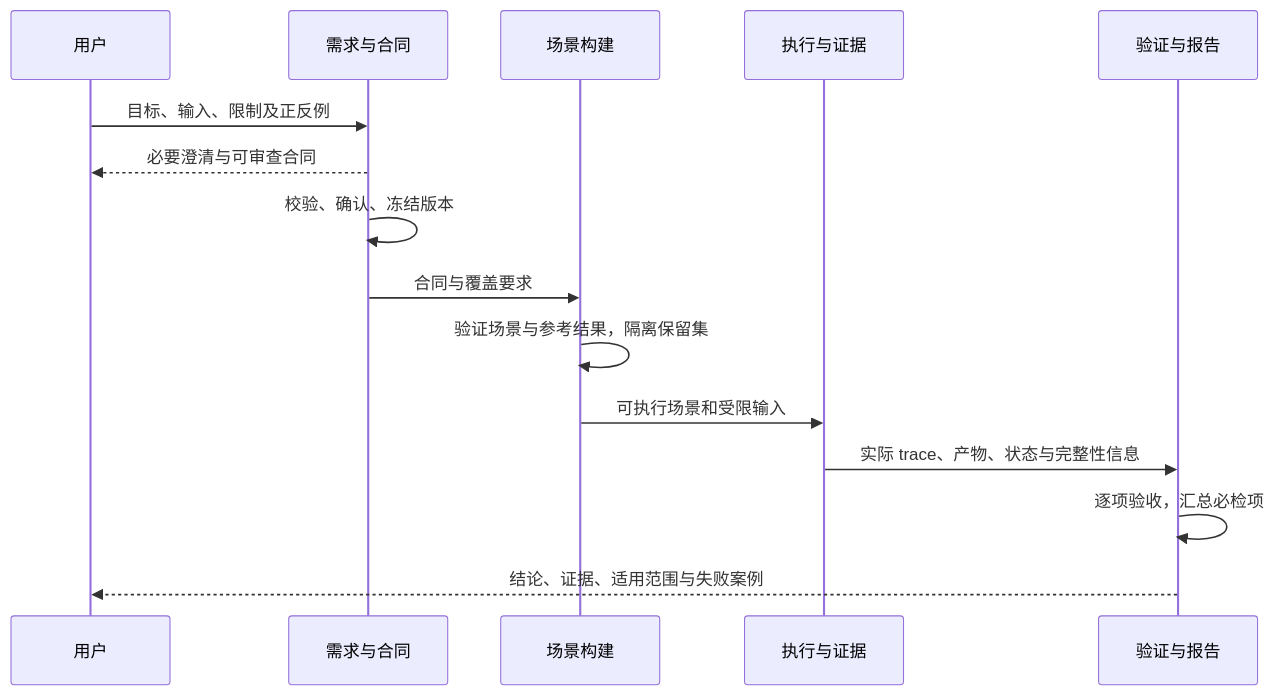
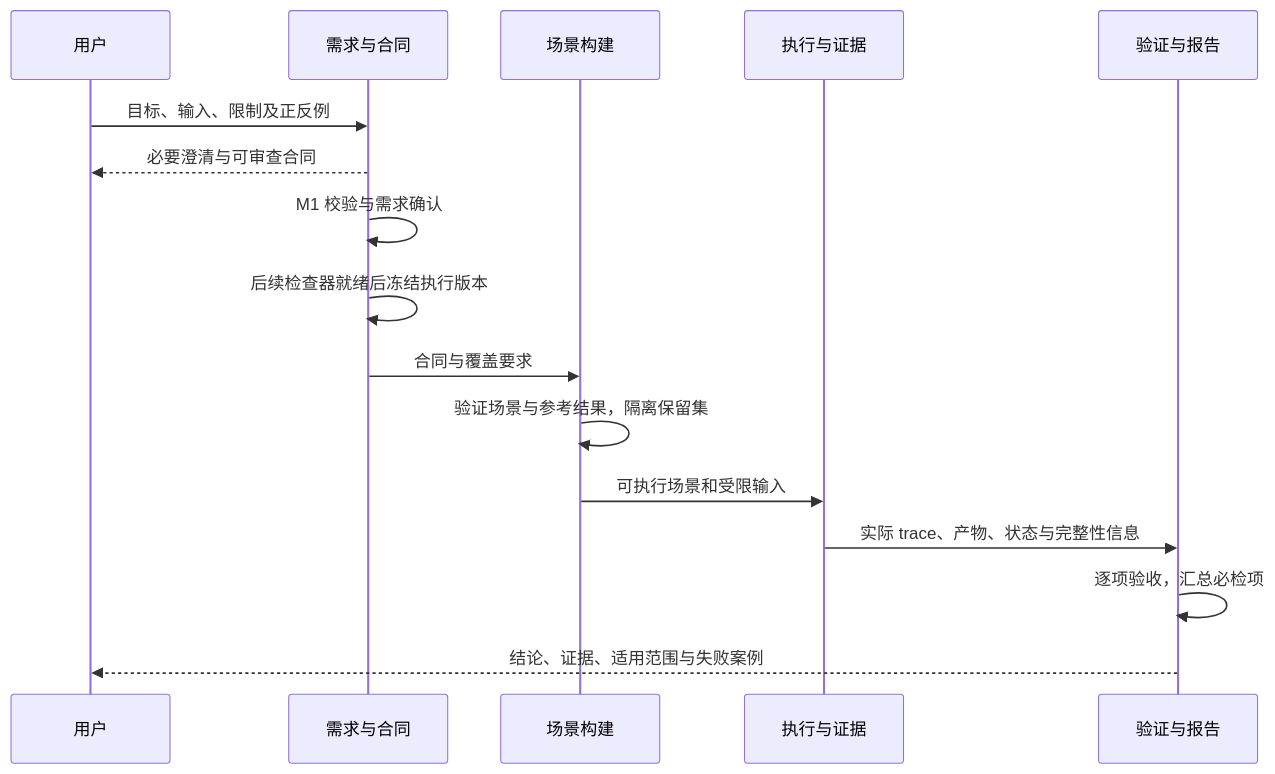
The diagram in docs/architecture.md (2sao7sao/Lean-4-Agent-Eval), drawn with Mermaid before and after one commit. The commit also changed other lines of this file and 18 other files, not shown here.

````diff
--- a/docs/architecture.md
+++ b/docs/architecture.md
@@ -26,17 +26,18 @@
 ```mermaid
 sequenceDiagram
     participant U as 用户
     participant S as 需求与合同
     participant C as 场景构建
     participant R as 执行与证据
     participant V as 验证与报告
     U->>S: 目标、输入、限制及正反例
     S-->>U: 必要澄清与可审查合同
-    S->>S: 校验、确认、冻结版本
+    S->>S: M1 校验与需求确认
+    S->>S: 后续检查器就绪后冻结执行版本
     S->>C: 合同与覆盖要求
     C->>C: 验证场景与参考结果，隔离保留集
     C->>R: 可执行场景和受限输入
     R->>V: 实际 trace、产物、状态与完整性信息
     V->>V: 逐项验收，汇总必检项
     V-->>U: 结论、证据、适用范围与失败案例
 ```
````
